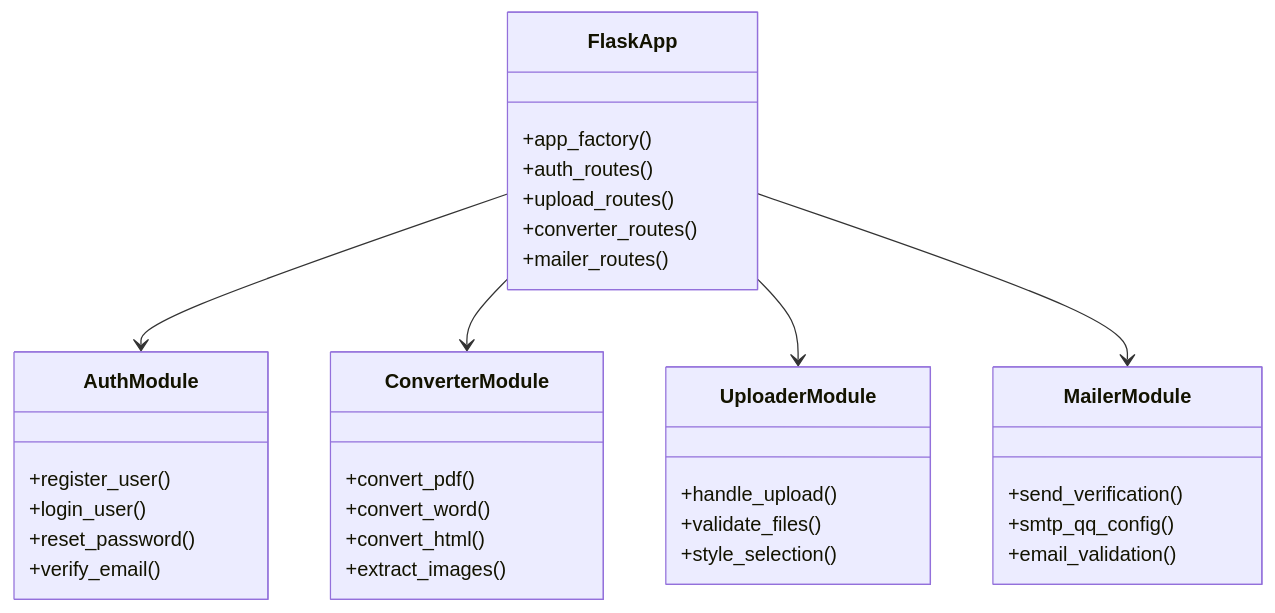
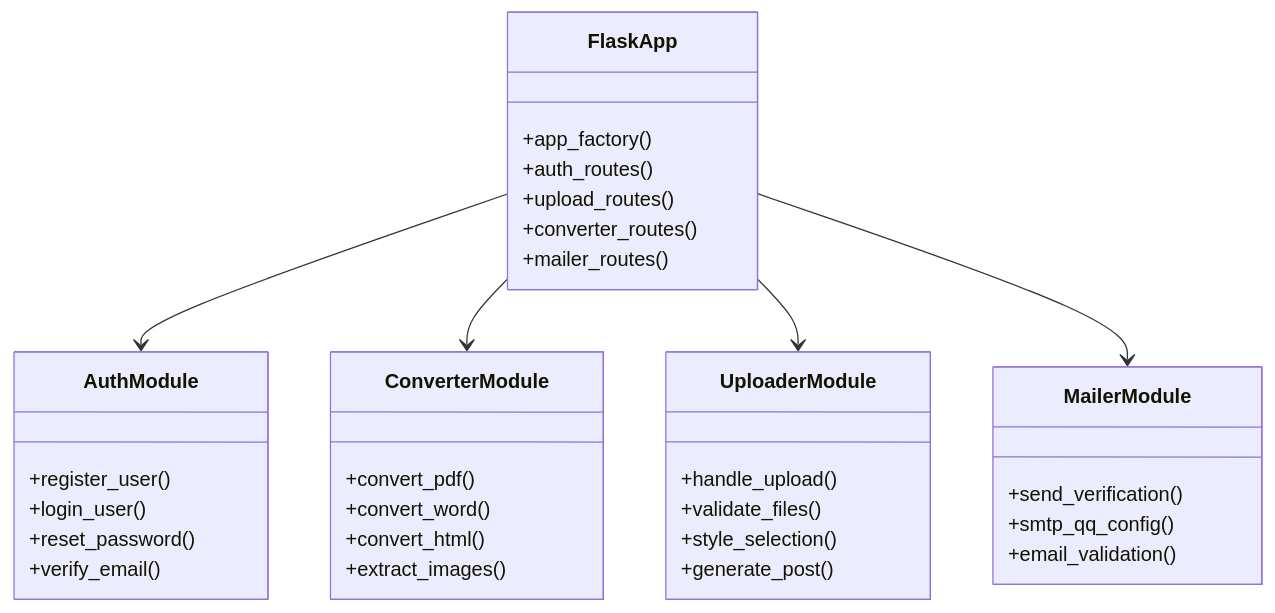
One commit to PolarisW007/PolaZhenJing changed the third of 5 diagrams in .qoder/repowiki/en/content/Deployment and DevOps.md. Above: the diagram before and after it, drawn with Mermaid. The commit also changed other lines of this file and 12 other files, not shown here.

````diff
--- a/.qoder/repowiki/en/content/Deployment and DevOps.md
+++ b/.qoder/repowiki/en/content/Deployment and DevOps.md
@@ -146,36 +173,37 @@
 ```mermaid
 classDiagram
 class FlaskApp {
 +app_factory()
 +auth_routes()
 +upload_routes()
 +converter_routes()
 +mailer_routes()
 }
 class AuthModule {
 +register_user()
 +login_user()
 +reset_password()
 +verify_email()
 }
 class ConverterModule {
 +convert_pdf()
 +convert_word()
 +convert_html()
 +extract_images()
 }
 class UploaderModule {
 +handle_upload()
 +validate_files()
 +style_selection()
++generate_post()
 }
 class MailerModule {
 +send_verification()
 +smtp_qq_config()
 +email_validation()
 }
 FlaskApp --> AuthModule
 FlaskApp --> ConverterModule
 FlaskApp --> UploaderModule
 FlaskApp --> MailerModule
 ```
````
